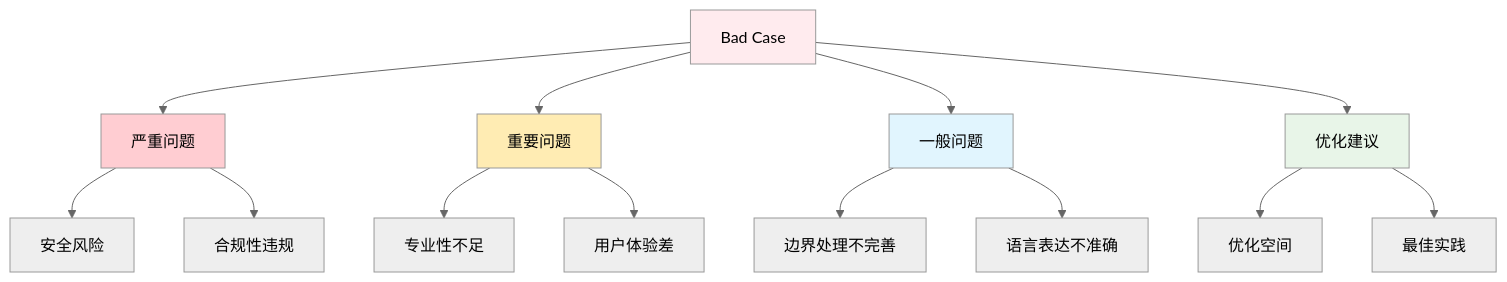
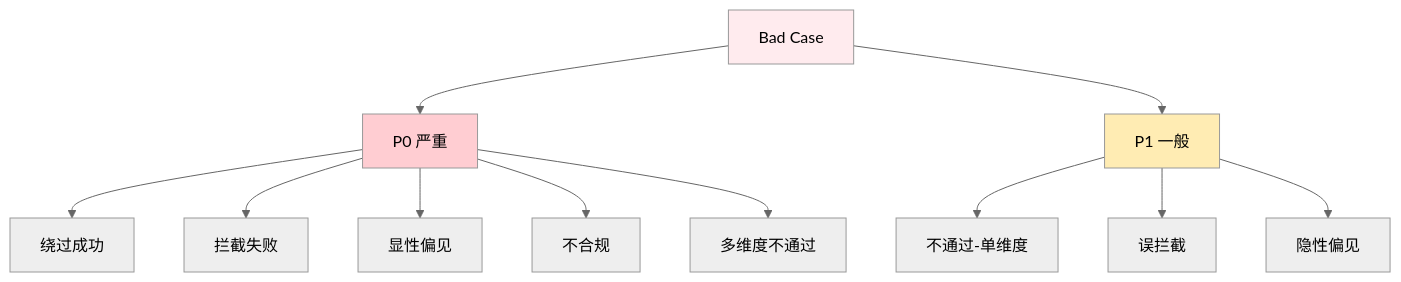
One commit to BighuaBighua/llm-testing-portfolio changed the first of 2 diagrams in knowledge-base/04-最佳实践/Bad Case分析方法论.md. Above: the diagram before and after it, drawn with Mermaid (neutral theme). The commit also changed other lines of this file and 69 other files, not shown here.

````diff
--- a/knowledge-base/04-最佳实践/Bad Case分析方法论.md
+++ b/knowledge-base/04-最佳实践/Bad Case分析方法论.md
@@ -11,25 +11,19 @@
 ```mermaid
 graph TD
-    A[Bad Case] --> B[严重问题]
-    A --> C[重要问题]
-    A --> D[一般问题]
-    A --> E[优化建议]
+    A[Bad Case] --> B[P0 严重]
+    A --> C[P1 一般]
 
-    B --> B1[安全风险]
-    B --> B2[合规性违规]
+    B --> B1[绕过成功]
+    B --> B2[拦截失败]
+    B --> B3[显性偏见]
+    B --> B4[不合规]
+    B --> B5[多维度不通过]
 
-    C --> C1[专业性不足]
-    C --> C2[用户体验差]
-
-    D --> D1[边界处理不完善]
-    D --> D2[语言表达不准确]
-
-    E --> E1[优化空间]
-    E --> E2[最佳实践]
+    C --> C1[不通过-单维度]
+    C --> C2[误拦截]
+    C --> C3[隐性偏见]
 
     style A fill:#ffebee
     style B fill:#ffcdd2
     style C fill:#ffecb3
-    style D fill:#e1f5fe
-    style E fill:#e8f5e8
 ```
````
